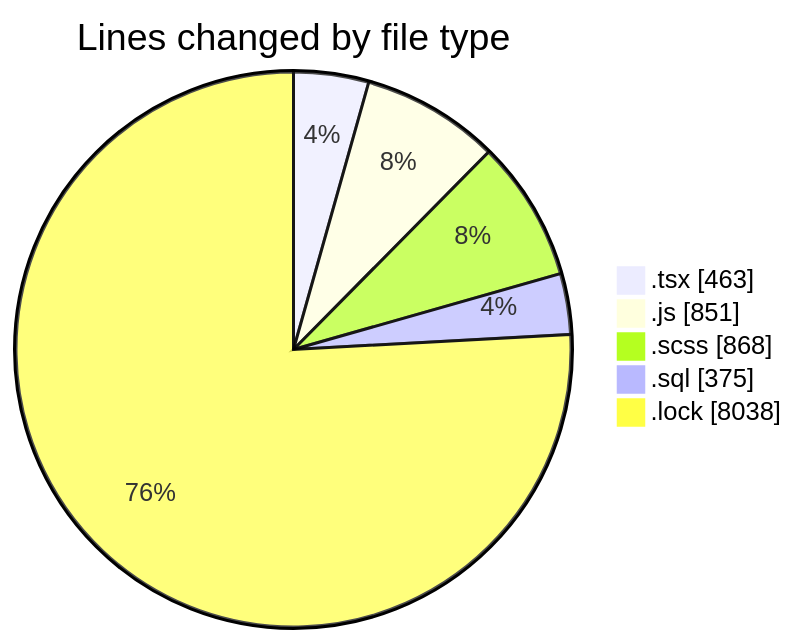
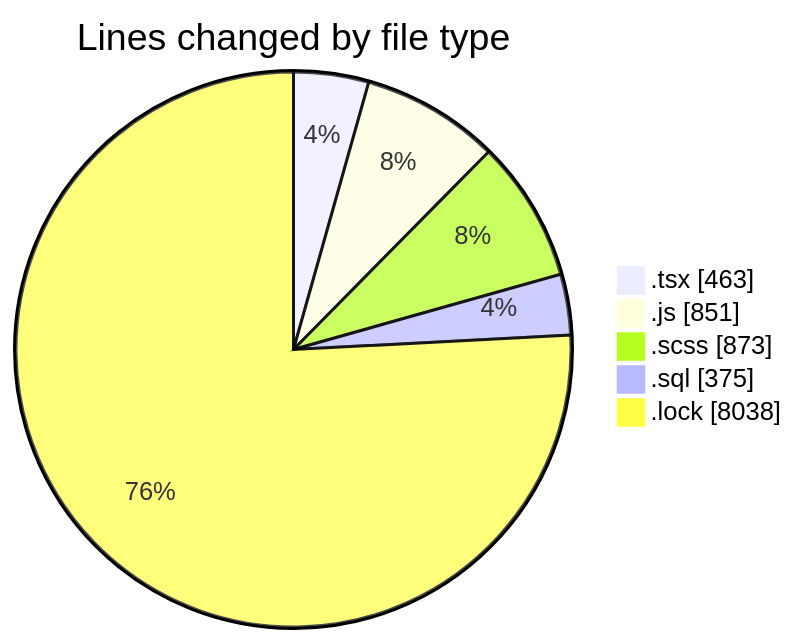
One commit to momahboobian/code-tracking changed the first of 2 diagrams in 2025-03-18/cda/README.md. Above: the diagram before and after it, drawn with Mermaid. The commit also changed other lines of this file and 1 other file, not shown here.

````diff
--- a/2025-03-18/cda/README.md
+++ b/2025-03-18/cda/README.md
@@ -30,9 +30,9 @@
 ```mermaid
 pie showData
 title Lines changed by file type
 ".tsx" : 463
 ".js" : 851
-".scss" : 868
+".scss" : 873
 ".sql" : 375
 ".lock" : 8038
 ```
````
